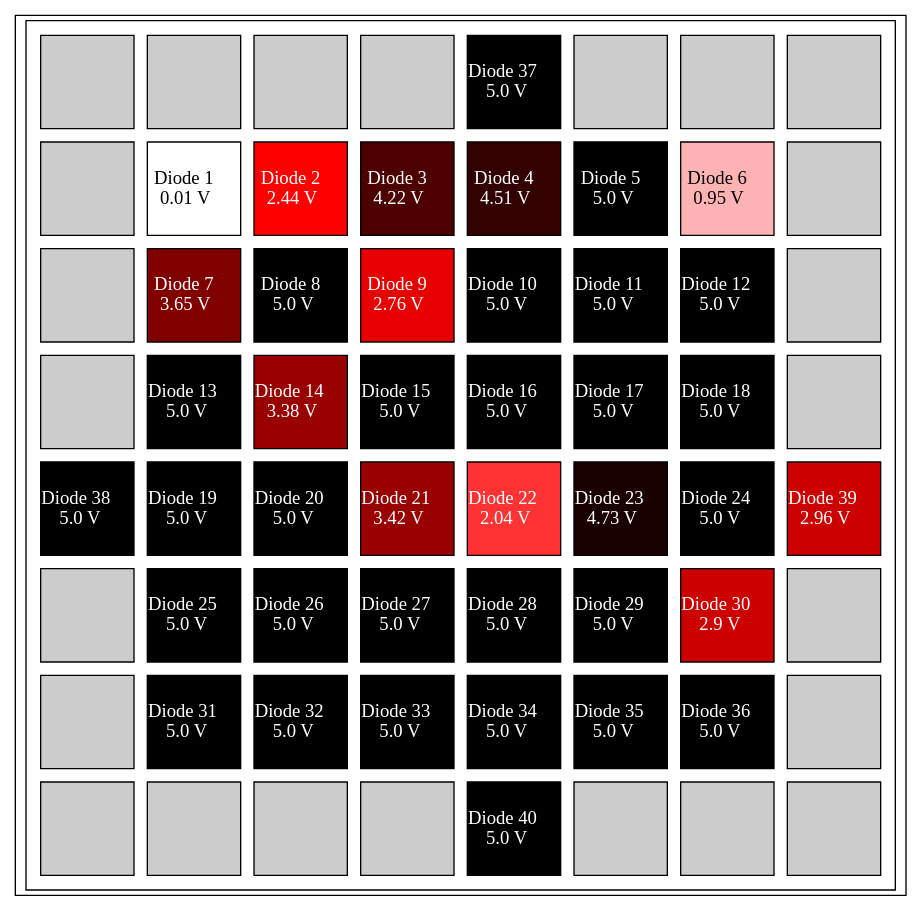
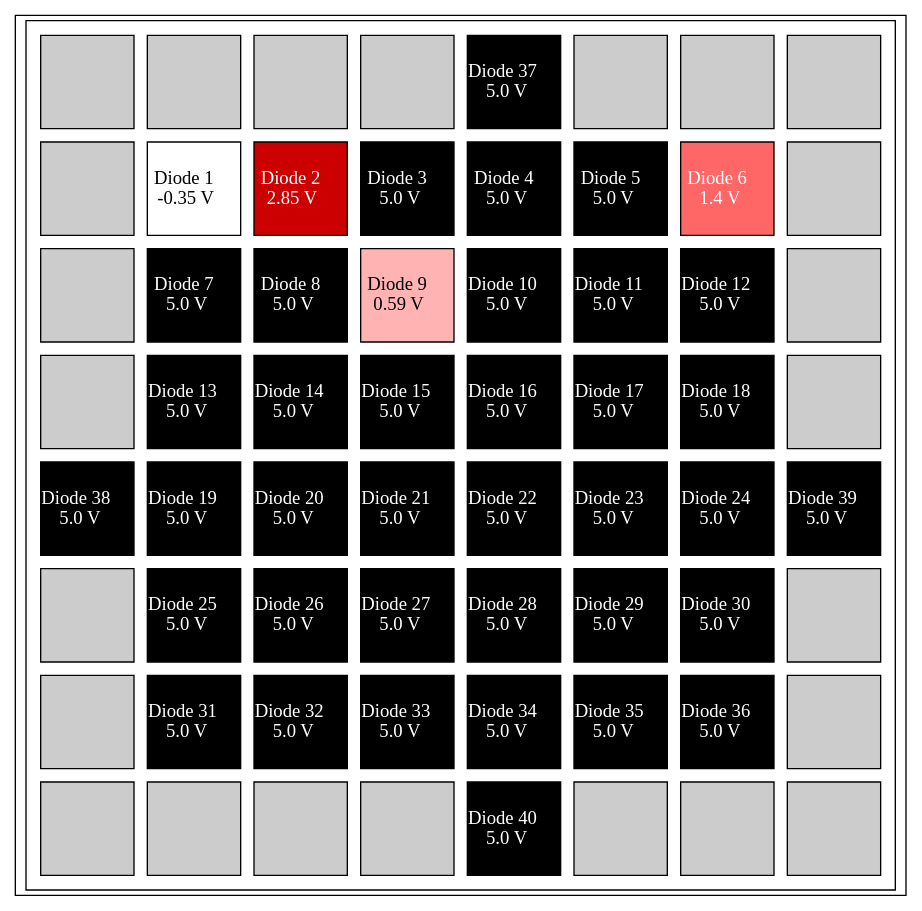
The diagram in array_table.gv (Karan-Takh/Diode-Dosimetry-Array), drawn with Graphviz before and after one commit. The commit also changed 2 other files, not shown here.

```diff
--- a/array_table.gv
+++ b/array_table.gv
@@ -1,195 +1,195 @@
 graph array_table {
 	node [shape=rectangle]
 	"Diode Array" [label=<<TABLE cellspacing="10">
     <TR>
         <TD bgcolor="#cccccc" fixedsize="true" width="70" height="70"></TD>
 
         <TD bgcolor="#cccccc" fixedsize="true" width="70" height="70"></TD>
 
         <TD bgcolor="#cccccc" fixedsize="true" width="70" height="70"></TD>
 
         <TD bgcolor="#cccccc" fixedsize="true" width="70" height="70"></TD>
 
         <TD bgcolor="#000000" fixedsize="true" width="70"
         height="70"><FONT COLOR="white">Diode 37 <BR align="center" /> 5.0 V</FONT></TD>
 
         <TD bgcolor="#cccccc" fixedsize="true" width="70" height="70"></TD>
 
         <TD bgcolor="#cccccc" fixedsize="true" width="70" height="70"></TD>
 
         <TD bgcolor="#cccccc" fixedsize="true" width="70" height="70"></TD>
     </TR>
 
 
     <TR>
         <TD bgcolor="#cccccc" fixedsize="true" width="70" height="70"></TD>
 
         <TD bgcolor="#ffffff" fixedsize="true" width="70"
-        height="70"><FONT COLOR="black">Diode 1 <BR align="center" /> 0.01 V</FONT></TD>
+        height="70"><FONT COLOR="black">Diode 1 <BR align="center" /> -0.35 V</FONT></TD>
 
-        <TD bgcolor="#ff0000" fixedsize="true" width="70"
-        height="70"><FONT COLOR="white">Diode 2 <BR align="center" /> 2.44 V</FONT></TD>
+        <TD bgcolor="#cc0000" fixedsize="true" width="70"
+        height="70"><FONT COLOR="white">Diode 2 <BR align="center" /> 2.85 V</FONT></TD>
 
-        <TD bgcolor="#4d0000" fixedsize="true" width="70"
-        height="70"><FONT COLOR="white">Diode 3 <BR align="center" /> 4.22 V</FONT></TD>
+        <TD bgcolor="#000000" fixedsize="true" width="70"
+        height="70"><FONT COLOR="white">Diode 3 <BR align="center" /> 5.0 V</FONT></TD>
 
-        <TD bgcolor="#330000" fixedsize="true" width="70"
-        height="70"><FONT COLOR="white">Diode 4 <BR align="center" /> 4.51 V</FONT></TD>
+        <TD bgcolor="#000000" fixedsize="true" width="70"
+        height="70"><FONT COLOR="white">Diode 4 <BR align="center" /> 5.0 V</FONT></TD>
 
         <TD bgcolor="#000000" fixedsize="true" width="70"
         height="70"><FONT COLOR="white">Diode 5 <BR align="center" /> 5.0 V</FONT></TD>
 
-        <TD bgcolor="#ffb3b3" fixedsize="true" width="70"
-        height="70"><FONT COLOR="black">Diode 6 <BR align="center" /> 0.95 V</FONT></TD>
+        <TD bgcolor="#ff6666" fixedsize="true" width="70"
+        height="70"><FONT COLOR="white">Diode 6 <BR align="center" /> 1.4 V</FONT></TD>
 
         <TD bgcolor="#cccccc" fixedsize="true" width="70" height="70"></TD>
     </TR>
 
 
     <TR>
         <TD bgcolor="#cccccc" fixedsize="true" width="70" height="70"></TD>
 
-        <TD bgcolor="#800000" fixedsize="true" width="70"
-        height="70"><FONT COLOR="white">Diode 7 <BR align="center" /> 3.65 V</FONT></TD>
+        <TD bgcolor="#000000" fixedsize="true" width="70"
+        height="70"><FONT COLOR="white">Diode 7 <BR align="center" /> 5.0 V</FONT></TD>
 
         <TD bgcolor="#000000" fixedsize="true" width="70"
         height="70"><FONT COLOR="white">Diode 8 <BR align="center" /> 5.0 V</FONT></TD>
 
-        <TD bgcolor="#e60000" fixedsize="true" width="70"
-        height="70"><FONT COLOR="white">Diode 9 <BR align="center" /> 2.76 V</FONT></TD>
+        <TD bgcolor="#ffb3b3" fixedsize="true" width="70"
+        height="70"><FONT COLOR="black">Diode 9 <BR align="center" /> 0.59 V</FONT></TD>
 
         <TD bgcolor="#000000" fixedsize="true" width="70"
         height="70"><FONT COLOR="white">Diode 10 <BR align="center" /> 5.0 V</FONT></TD>
 
         <TD bgcolor="#000000" fixedsize="true" width="70"
         height="70"><FONT COLOR="white">Diode 11 <BR align="center" /> 5.0 V</FONT></TD>
 
         <TD bgcolor="#000000" fixedsize="true" width="70"
         height="70"><FONT COLOR="white">Diode 12 <BR align="center" /> 5.0 V</FONT></TD>
 
         <TD bgcolor="#cccccc" fixedsize="true" width="70" height="70"></TD>
     </TR>
 
 
     <TR>
         <TD bgcolor="#cccccc" fixedsize="true" width="70" height="70"></TD>
 
         <TD bgcolor="#000000" fixedsize="true" width="70"
         height="70"><FONT COLOR="white">Diode 13 <BR align="center" /> 5.0 V</FONT></TD>
 
-        <TD bgcolor="#990000" fixedsize="true" width="70"
-        height="70"><FONT COLOR="white">Diode 14 <BR align="center" /> 3.38 V</FONT></TD>
+        <TD bgcolor="#000000" fixedsize="true" width="70"
+        height="70"><FONT COLOR="white">Diode 14 <BR align="center" /> 5.0 V</FONT></TD>
 
         <TD bgcolor="#000000" fixedsize="true" width="70"
         height="70"><FONT COLOR="white">Diode 15 <BR align="center" /> 5.0 V</FONT></TD>
 
         <TD bgcolor="#000000" fixedsize="true" width="70"
         height="70"><FONT COLOR="white">Diode 16 <BR align="center" /> 5.0 V</FONT></TD>
 
         <TD bgcolor="#000000" fixedsize="true" width="70"
         height="70"><FONT COLOR="white">Diode 17 <BR align="center" /> 5.0 V</FONT></TD>
 
         <TD bgcolor="#000000" fixedsize="true" width="70"
         height="70"><FONT COLOR="white">Diode 18 <BR align="center" /> 5.0 V</FONT></TD>
 
         <TD bgcolor="#cccccc" fixedsize="true" width="70" height="70"></TD>
     </TR>
 
 
     <TR>
         <TD bgcolor="#000000" fixedsize="true" width="70"
         height="70"><FONT COLOR="white">Diode 38 <BR align="center" /> 5.0 V</FONT></TD>
 
         <TD bgcolor="#000000" fixedsize="true" width="70"
         height="70"><FONT COLOR="white">Diode 19 <BR align="center" /> 5.0 V</FONT></TD>
 
         <TD bgcolor="#000000" fixedsize="true" width="70"
         height="70"><FONT COLOR="white">Diode 20 <BR align="center" /> 5.0 V</FONT></TD>
 
-        <TD bgcolor="#990000" fixedsize="true" width="70"
-        height="70"><FONT COLOR="white">Diode 21 <BR align="center" /> 3.42 V</FONT></TD>
+        <TD bgcolor="#000000" fixedsize="true" width="70"
+        height="70"><FONT COLOR="white">Diode 21 <BR align="center" /> 5.0 V</FONT></TD>
 
-        <TD bgcolor="#ff3333" fixedsize="true" width="70"
-        height="70"><FONT COLOR="white">Diode 22 <BR align="center" /> 2.04 V</FONT></TD>
+        <TD bgcolor="#000000" fixedsize="true" width="70"
+        height="70"><FONT COLOR="white">Diode 22 <BR align="center" /> 5.0 V</FONT></TD>
 
-        <TD bgcolor="#1a0000" fixedsize="true" width="70"
-        height="70"><FONT COLOR="white">Diode 23 <BR align="center" /> 4.73 V</FONT></TD>
+        <TD bgcolor="#000000" fixedsize="true" width="70"
+        height="70"><FONT COLOR="white">Diode 23 <BR align="center" /> 5.0 V</FONT></TD>
 
         <TD bgcolor="#000000" fixedsize="true" width="70"
         height="70"><FONT COLOR="white">Diode 24 <BR align="center" /> 5.0 V</FONT></TD>
 
-        <TD bgcolor="#cc0000" fixedsize="true" width="70"
-        height="70"><FONT COLOR="white">Diode 39 <BR align="center" /> 2.96 V</FONT></TD>
+        <TD bgcolor="#000000" fixedsize="true" width="70"
+        height="70"><FONT COLOR="white">Diode 39 <BR align="center" /> 5.0 V</FONT></TD>
     </TR>
 
 
     <TR>
         <TD bgcolor="#cccccc" fixedsize="true" width="70" height="70"></TD>
 
         <TD bgcolor="#000000" fixedsize="true" width="70"
         height="70"><FONT COLOR="white">Diode 25 <BR align="center" /> 5.0 V</FONT></TD>
 
         <TD bgcolor="#000000" fixedsize="true" width="70"
         height="70"><FONT COLOR="white">Diode 26 <BR align="center" /> 5.0 V</FONT></TD>
 
         <TD bgcolor="#000000" fixedsize="true" width="70"
         height="70"><FONT COLOR="white">Diode 27 <BR align="center" /> 5.0 V</FONT></TD>
 
         <TD bgcolor="#000000" fixedsize="true" width="70"
         height="70"><FONT COLOR="white">Diode 28 <BR align="center" /> 5.0 V</FONT></TD>
 
         <TD bgcolor="#000000" fixedsize="true" width="70"
         height="70"><FONT COLOR="white">Diode 29 <BR align="center" /> 5.0 V</FONT></TD>
 
-        <TD bgcolor="#cc0000" fixedsize="true" width="70"
-        height="70"><FONT COLOR="white">Diode 30 <BR align="center" /> 2.9 V</FONT></TD>
+        <TD bgcolor="#000000" fixedsize="true" width="70"
+        height="70"><FONT COLOR="white">Diode 30 <BR align="center" /> 5.0 V</FONT></TD>
 
         <TD bgcolor="#cccccc" fixedsize="true" width="70" height="70"></TD>
     </TR>
 
 
     <TR>
         <TD bgcolor="#cccccc" fixedsize="true" width="70" height="70"></TD>
 
         <TD bgcolor="#000000" fixedsize="true" width="70"
         height="70"><FONT COLOR="white">Diode 31 <BR align="center" /> 5.0 V</FONT></TD>
 
         <TD bgcolor="#000000" fixedsize="true" width="70"
         height="70"><FONT COLOR="white">Diode 32 <BR align="center" /> 5.0 V</FONT></TD>
 
         <TD bgcolor="#000000" fixedsize="true" width="70"
         height="70"><FONT COLOR="white">Diode 33 <BR align="center" /> 5.0 V</FONT></TD>
 
         <TD bgcolor="#000000" fixedsize="true" width="70"
         height="70"><FONT COLOR="white">Diode 34 <BR align="center" /> 5.0 V</FONT></TD>
 
         <TD bgcolor="#000000" fixedsize="true" width="70"
         height="70"><FONT COLOR="white">Diode 35 <BR align="center" /> 5.0 V</FONT></TD>
 
         <TD bgcolor="#000000" fixedsize="true" width="70"
         height="70"><FONT COLOR="white">Diode 36 <BR align="center" /> 5.0 V</FONT></TD>
 
         <TD bgcolor="#cccccc" fixedsize="true" width="70" height="70"></TD>
     </TR>
 
 
     <TR>
         <TD bgcolor="#cccccc" fixedsize="true" width="70" height="70"></TD>
 
         <TD bgcolor="#cccccc" fixedsize="true" width="70" height="70"></TD>
 
         <TD bgcolor="#cccccc" fixedsize="true" width="70" height="70"></TD>
 
         <TD bgcolor="#cccccc" fixedsize="true" width="70" height="70"></TD>
 
         <TD bgcolor="#000000" fixedsize="true" width="70"
         height="70"><FONT COLOR="white">Diode 40 <BR align="center" /> 5.0 V</FONT></TD>
 
         <TD bgcolor="#cccccc" fixedsize="true" width="70" height="70"></TD>
 
         <TD bgcolor="#cccccc" fixedsize="true" width="70" height="70"></TD>
 
         <TD bgcolor="#cccccc" fixedsize="true" width="70" height="70"></TD>
     </TR>
 </TABLE>>]
 }
```
